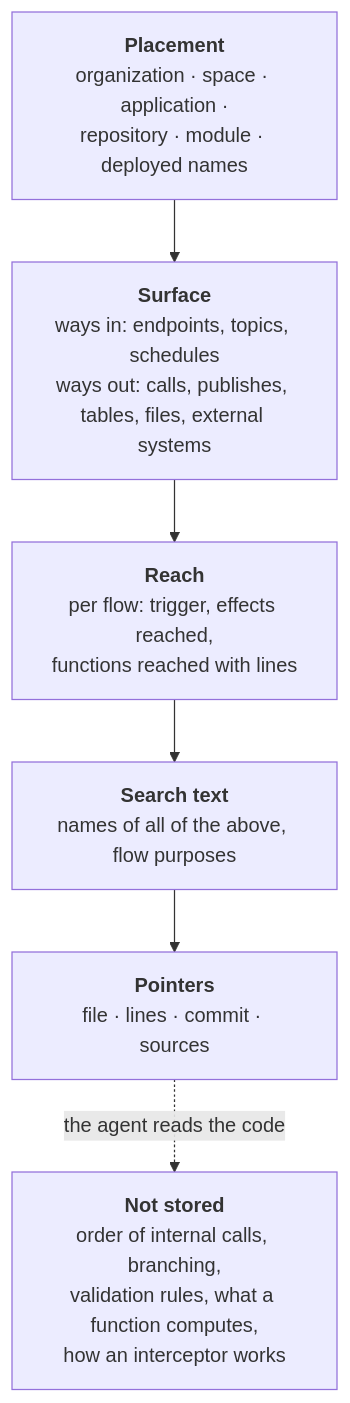
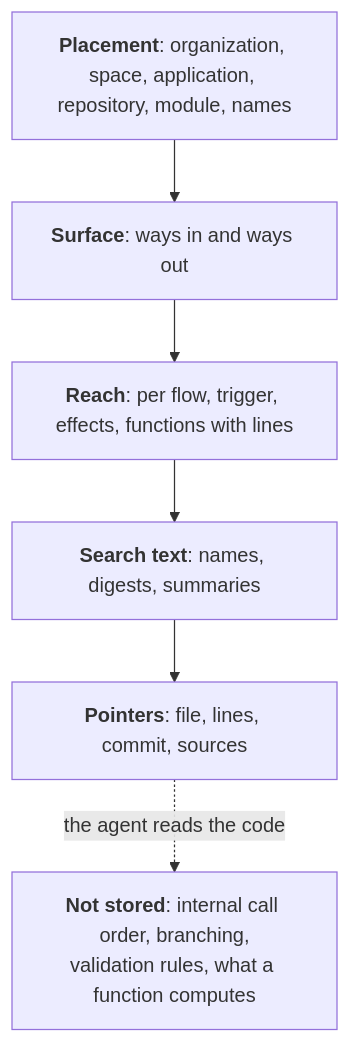
Before and after one commit to KBavis/steno: the diagram in docs/concepts/graph.md, drawn with Mermaid. The commit also changed other lines of this file and 35 other files, not shown here.

First line of the commit message:
docs: simplify the docs and record D150 (flows-first routing)

````diff
--- a/docs/concepts/graph.md
+++ b/docs/concepts/graph.md
@@ -147,10 +105,10 @@
 ```mermaid
 flowchart TB
-    PL["<b>Placement</b><br/>organization · space · application ·<br/>repository · module · deployed names"]
-    SU["<b>Surface</b><br/>ways in: endpoints, topics, schedules<br/>ways out: calls, publishes, tables, files, external systems"]
-    RE["<b>Reach</b><br/>per flow: trigger, effects reached,<br/>functions reached with lines"]
-    ST["<b>Search text</b><br/>names of all of the above, flow purposes"]
-    PO["<b>Pointers</b><br/>file · lines · commit · sources"]
+    PL["<b>Placement</b>: organization, space, application, repository, module, names"]
+    SU["<b>Surface</b>: ways in and ways out"]
+    RE["<b>Reach</b>: per flow, trigger, effects, functions with lines"]
+    ST["<b>Search text</b>: names, digests, summaries"]
+    PO["<b>Pointers</b>: file, lines, commit, sources"]
     PL --> SU --> RE --> ST --> PO
-    PO -. "the agent reads the code" .-> AG["<b>Not stored</b><br/>order of internal calls, branching,<br/>validation rules, what a function computes,<br/>how an interceptor works"]
+    PO -. "the agent reads the code" .-> AG["<b>Not stored</b>: internal call order, branching,<br/>validation rules, what a function computes"]
 ```
````
